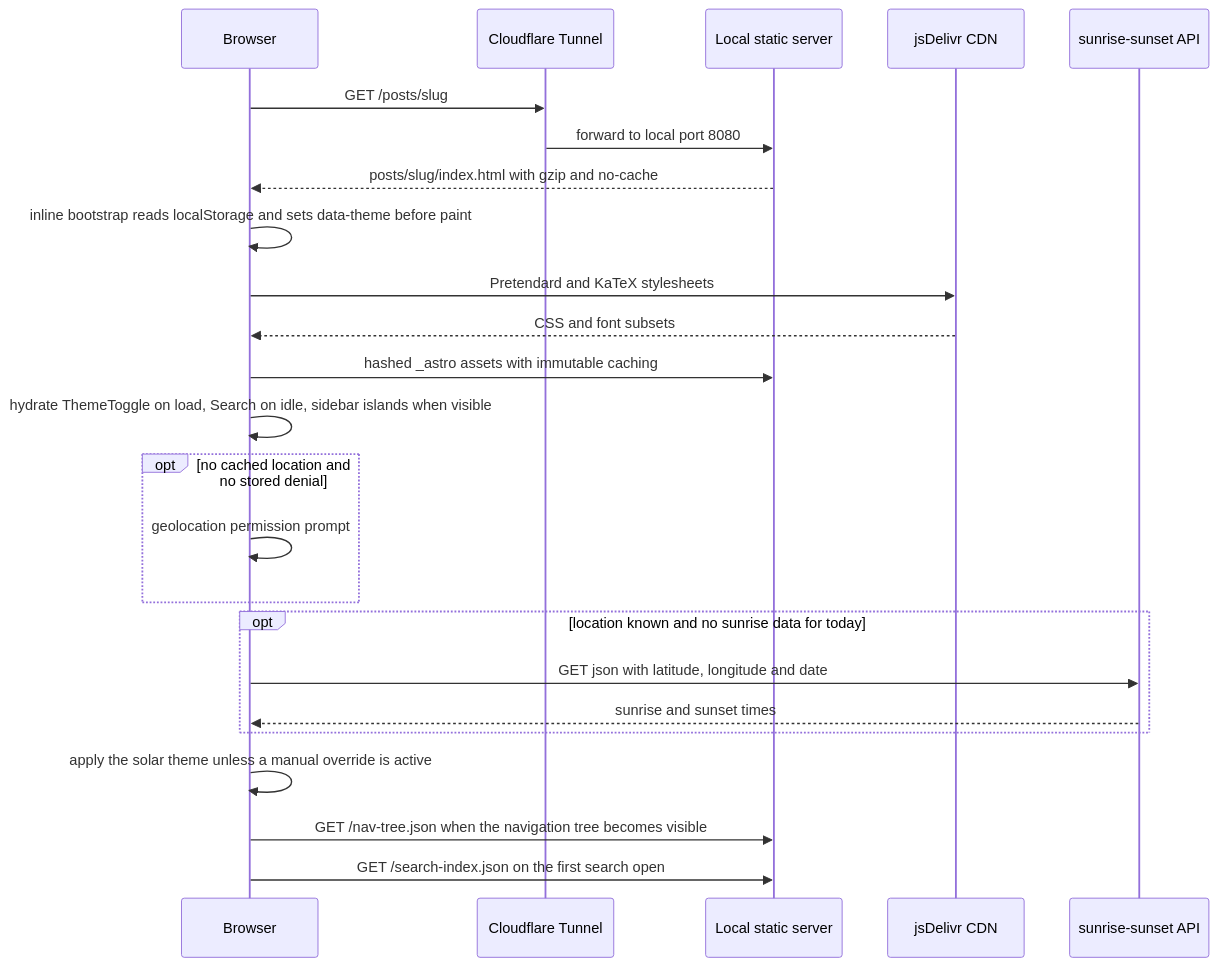
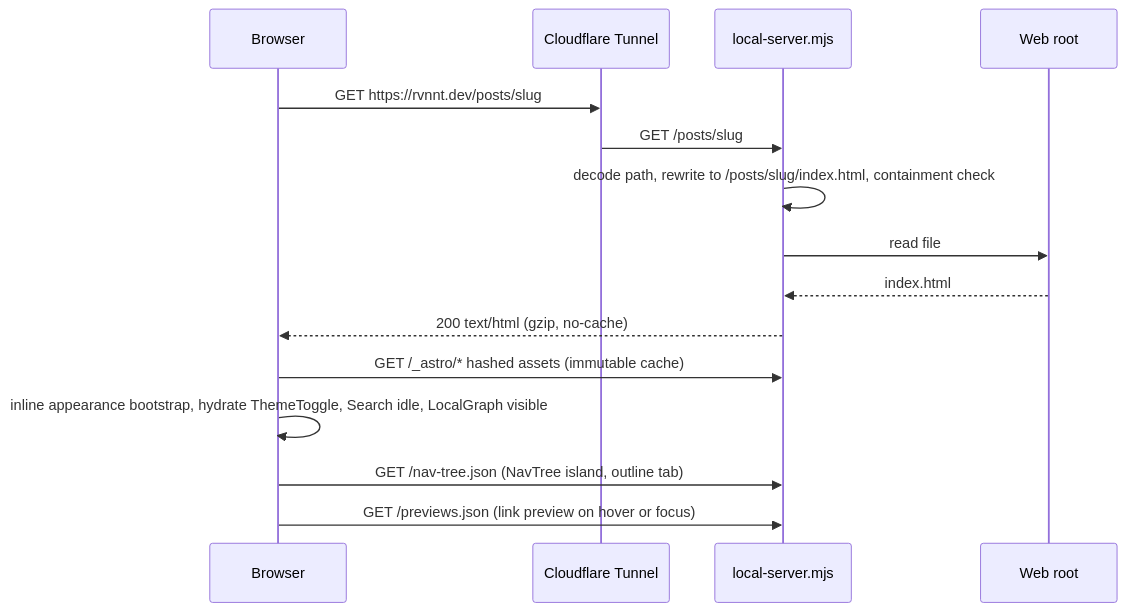
The third of 5 diagrams in aidlc/spaces/default/codekb/obsidian-blog/architecture.md (revenantonthemission/obsidian-custom-publish), drawn with Mermaid before and after one commit. The commit also changed other lines of this file and 223 other files, not shown here.

````diff
--- a/aidlc/spaces/default/codekb/obsidian-blog/architecture.md
+++ b/aidlc/spaces/default/codekb/obsidian-blog/architecture.md
@@ -228,26 +139,17 @@
 ```mermaid
 sequenceDiagram
   participant B as Browser
   participant T as Cloudflare Tunnel
-  participant S as Local static server
-  participant C as jsDelivr CDN
-  participant G as sunrise-sunset API
-  B->>T: GET /posts/slug
-  T->>S: forward to local port 8080
-  S-->>B: posts/slug/index.html with gzip and no-cache
-  B->>B: inline bootstrap reads localStorage and sets data-theme before paint
-  B->>C: Pretendard and KaTeX stylesheets
-  C-->>B: CSS and font subsets
-  B->>S: hashed _astro assets with immutable caching
-  B->>B: hydrate ThemeToggle on load, Search on idle, sidebar islands when visible
-  opt no cached location and no stored denial
-    B->>B: geolocation permission prompt
-  end
-  opt location known and no sunrise data for today
-    B->>G: GET json with latitude, longitude and date
-    G-->>B: sunrise and sunset times
-  end
-  B->>B: apply the solar theme unless a manual override is active
-  B->>S: GET /nav-tree.json when the navigation tree becomes visible
-  B->>S: GET /search-index.json on the first search open
+  participant L as local-server.mjs
+  participant W as Web root
+  B->>T: GET https://rvnnt.dev/posts/slug
+  T->>L: GET /posts/slug
+  L->>L: decode path, rewrite to /posts/slug/index.html, containment check
+  L->>W: read file
+  W-->>L: index.html
+  L-->>B: 200 text/html (gzip, no-cache)
+  B->>L: GET /_astro/* hashed assets (immutable cache)
+  B->>B: inline appearance bootstrap, hydrate ThemeToggle, Search idle, LocalGraph visible
+  B->>L: GET /nav-tree.json (NavTree island, outline tab)
+  B->>L: GET /previews.json (link preview on hover or focus)
 ```
````
